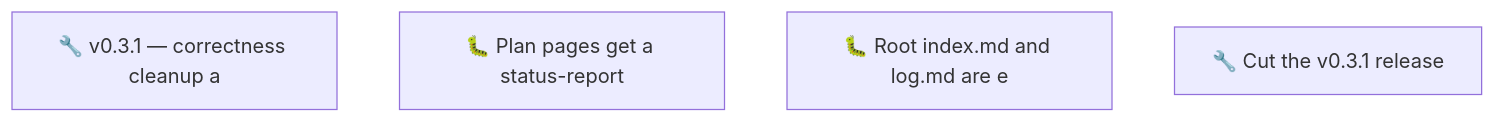
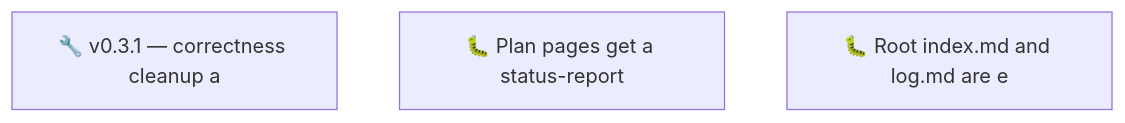
One commit to SpillwaveSolutions/okf-plugin changed the second of 2 diagrams in docs/roadmap.md. Above: the diagram before and after it, drawn with Mermaid. The commit also changed other lines of this file and 9 other files, not shown here.

````diff
--- a/docs/roadmap.md
+++ b/docs/roadmap.md
@@ -61,7 +58,6 @@
 ```mermaid
 graph TD
     01KZ2CAAT5G2ND3RAF4TAXR5B9["🔧 v0.3.1 — correctness cleanup a"]
     01KZ2CYK20RWGPSEE6VGZ3NHBP["🐛 Plan pages get a status-report"]
     01KZ2D6MDDCY9G6B3EE33DRZJA["🐛 Root index.md and log.md are e"]
-    01KZ2D6MNZR1EKFTS3CZ8HP0GQ["🔧 Cut the v0.3.1 release"]
 ```
````
